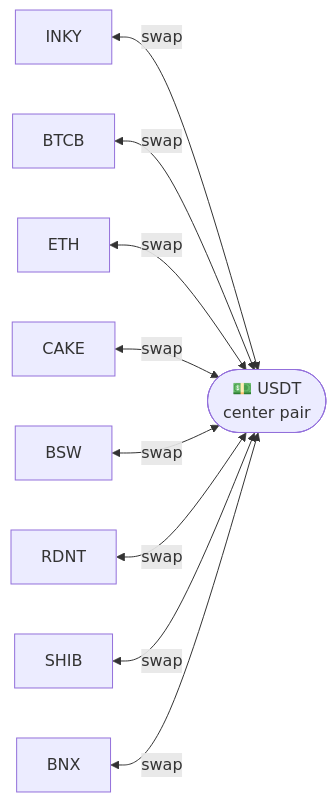
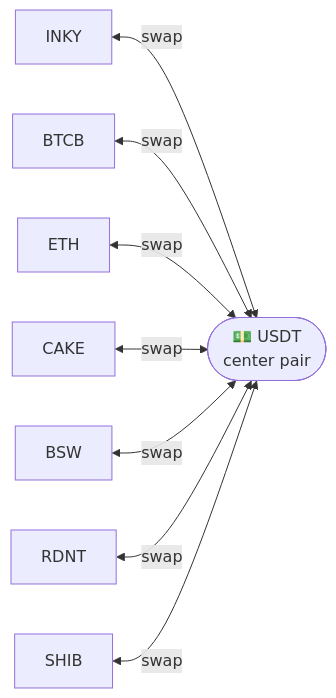
The first of 2 diagrams in features/swap.mdx (patrick-rayner/documentationai-Docs), drawn with Mermaid before and after one commit. The commit also changed other lines of this file and 20 other files, not shown here.

````diff
--- a/features/swap.mdx
+++ b/features/swap.mdx
@@ -44,11 +44,10 @@
 ```mermaid
 graph LR
     INKY["INKY"] <-->|"swap"| USDT(["💵 USDT\ncenter pair"])
     BTCB["BTCB"] <-->|"swap"| USDT
     ETH["ETH"] <-->|"swap"| USDT
     CAKE["CAKE"] <-->|"swap"| USDT
     BSW["BSW"] <-->|"swap"| USDT
     RDNT["RDNT"] <-->|"swap"| USDT
     SHIB["SHIB"] <-->|"swap"| USDT
-    BNX["BNX"] <-->|"swap"| USDT
 ```
````
